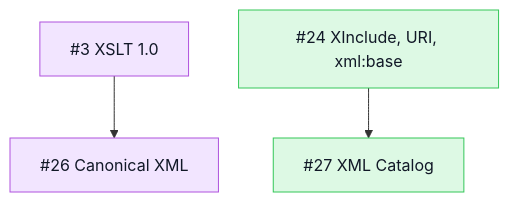
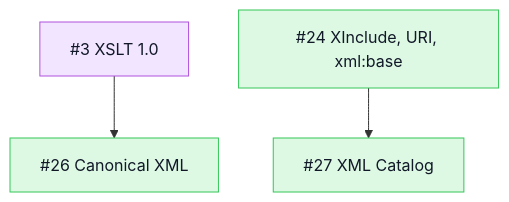
One commit to mihaelamj/PureXML changed the fourth of 4 diagrams in README.md. Above: the diagram before and after it, drawn with Mermaid. The commit also changed 5 other files, not shown here.

First line of the commit message:
feat(canonical): Canonical XML (C14N) serialization

````diff
--- a/README.md
+++ b/README.md
@@ -102,13 +102,13 @@
 ```mermaid
 flowchart TB
   classDef done fill:#ddf9e4,stroke:#34c759,color:#111827
   classDef review fill:#fff7d6,stroke:#ffcc00,color:#111827
   classDef epic fill:#f2e5ff,stroke:#af52de,color:#111827
   classDef todo fill:#f2f4f7,stroke:#8e8e93,color:#111827
   Xslt["#3 XSLT 1.0"]:::epic
   XInclude["#24 XInclude, URI, xml:base"]:::done
-  C14n["#26 Canonical XML"]:::epic
+  C14n["#26 Canonical XML"]:::done
   Catalog["#27 XML Catalog"]:::done
   Xslt --> C14n
   XInclude --> Catalog
 ```
````
